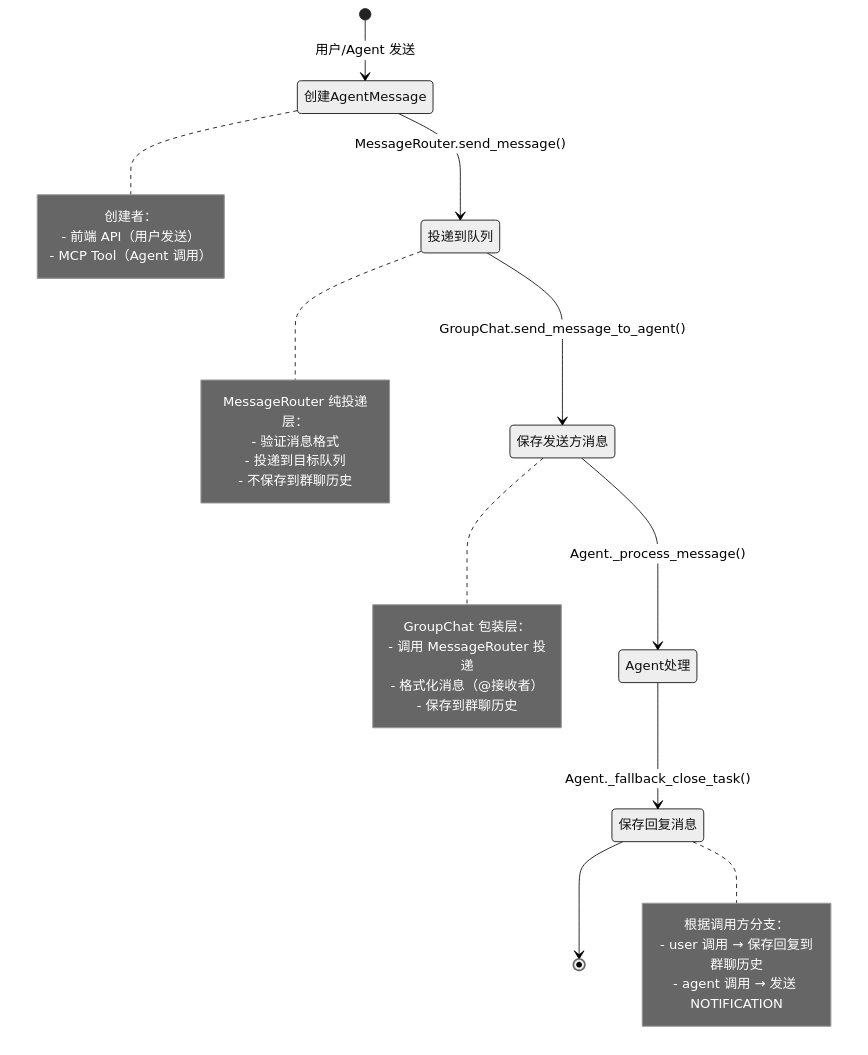
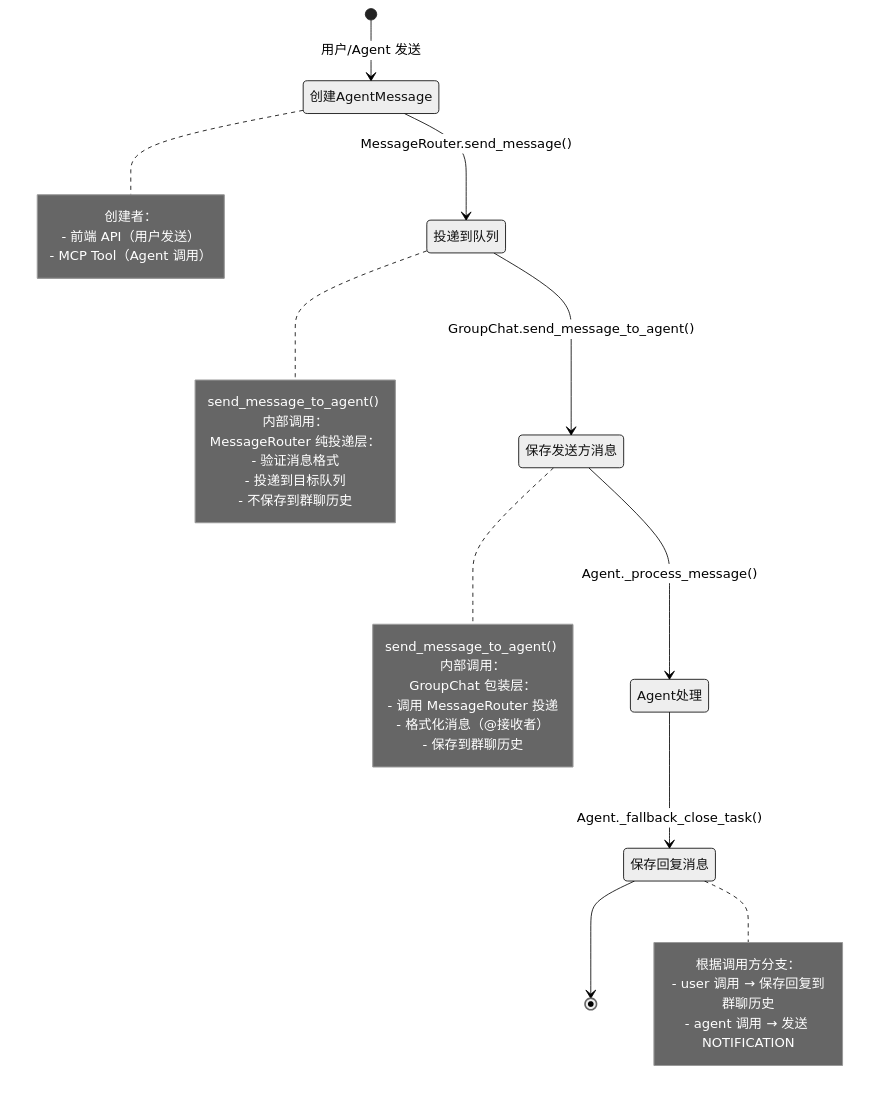
One commit to nikonikoni4/agents-hub changed the diagram in docs/flows/message-lifecycle.md. Above: the diagram before and after it, drawn with Mermaid (neutral theme). The commit also changed other lines of this file and 19 other files, not shown here.

First line of the commit message:
feat: flow 文档体系完善与自动化工具测试

````diff
--- a/docs/flows/message-lifecycle.md
+++ b/docs/flows/message-lifecycle.md
@@ -153,35 +153,37 @@
 ```mermaid
 stateDiagram-v2
     [*] --> 创建AgentMessage: 用户/Agent 发送
     创建AgentMessage --> 投递到队列: MessageRouter.send_message()
     投递到队列 --> 保存发送方消息: GroupChat.send_message_to_agent()
     保存发送方消息 --> Agent处理: Agent._process_message()
     Agent处理 --> 保存回复消息: Agent._fallback_close_task()
     保存回复消息 --> [*]
     
     note right of 创建AgentMessage
         创建者：
         - 前端 API（用户发送）
         - MCP Tool（Agent 调用）
     end note
     
     note right of 投递到队列
+        send_message_to_agent() 内部调用：
         MessageRouter 纯投递层：
         - 验证消息格式
         - 投递到目标队列
         - 不保存到群聊历史
     end note
     
     note right of 保存发送方消息
+        send_message_to_agent() 内部调用：
         GroupChat 包装层：
         - 调用 MessageRouter 投递
         - 格式化消息（@接收者）
         - 保存到群聊历史
     end note
     
     note right of 保存回复消息
         根据调用方分支：
         - user 调用 → 保存回复到群聊历史
         - agent 调用 → 发送 NOTIFICATION
     end note
 ```
````
